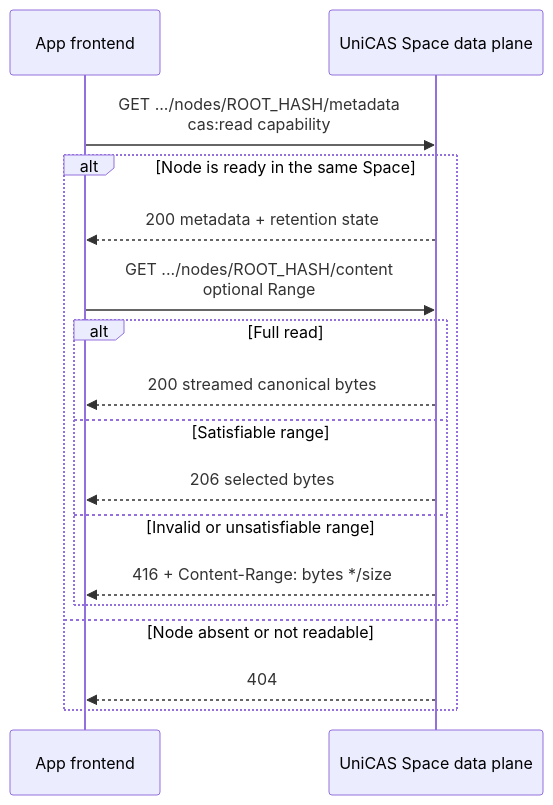
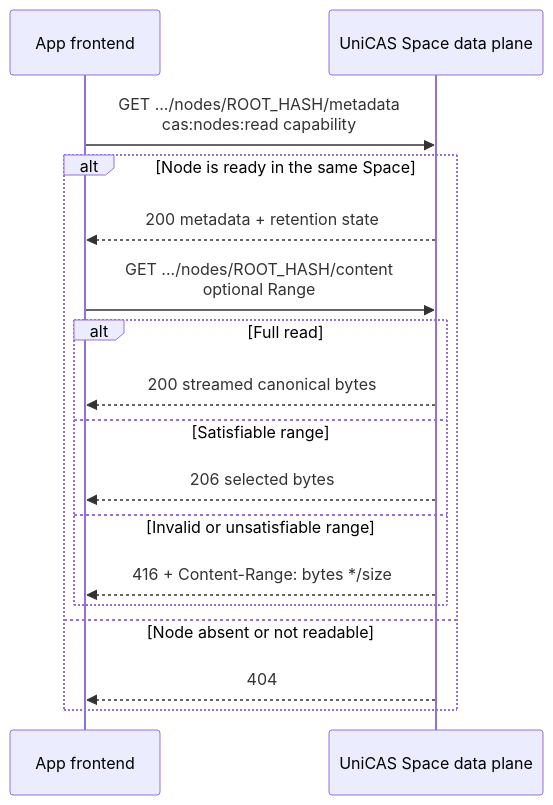
The second of 5 diagrams in docs/app-user-api/scenarios.md (shazhou-ww/unicas), drawn with Mermaid before and after one commit. The commit also changed other lines of this file and 22 other files, not shown here.

````diff
--- a/docs/app-user-api/scenarios.md
+++ b/docs/app-user-api/scenarios.md
@@ -42,20 +42,20 @@
 ```mermaid
 sequenceDiagram
     participant UI as App frontend
     participant CAS as UniCAS Space data plane
 
-    UI->>CAS: GET .../nodes/ROOT_HASH/metadata<br/>cas:read capability
+    UI->>CAS: GET .../nodes/ROOT_HASH/metadata<br/>cas:nodes:read capability
     alt Node is ready in the same Space
         CAS-->>UI: 200 metadata + retention state
         UI->>CAS: GET .../nodes/ROOT_HASH/content<br/>optional Range
         alt Full read
             CAS-->>UI: 200 streamed canonical bytes
         else Satisfiable range
             CAS-->>UI: 206 selected bytes
         else Invalid or unsatisfiable range
             CAS-->>UI: 416 + Content-Range: bytes */size
         end
     else Node absent or not readable
         CAS-->>UI: 404
     end
 ```
````
